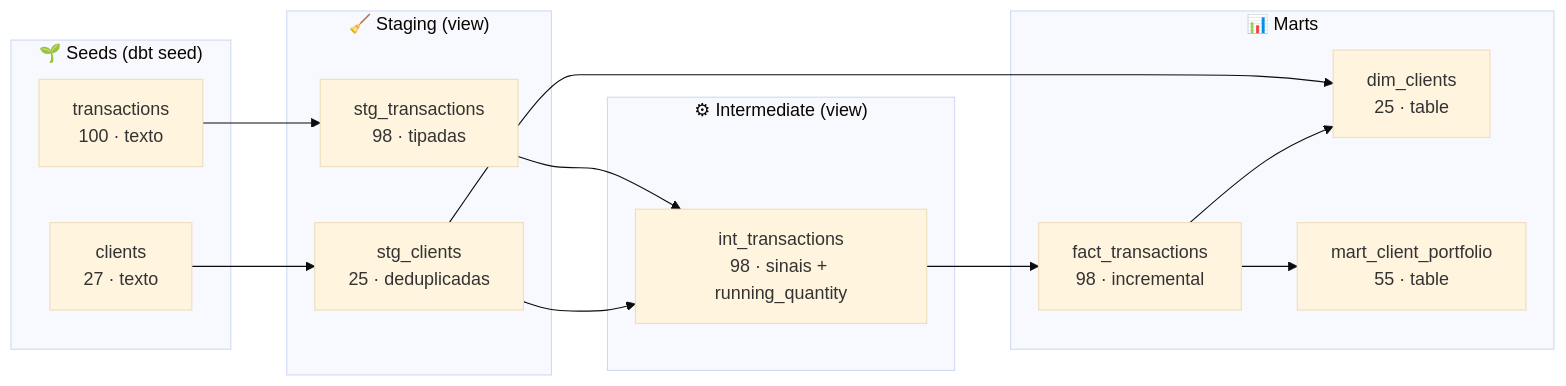
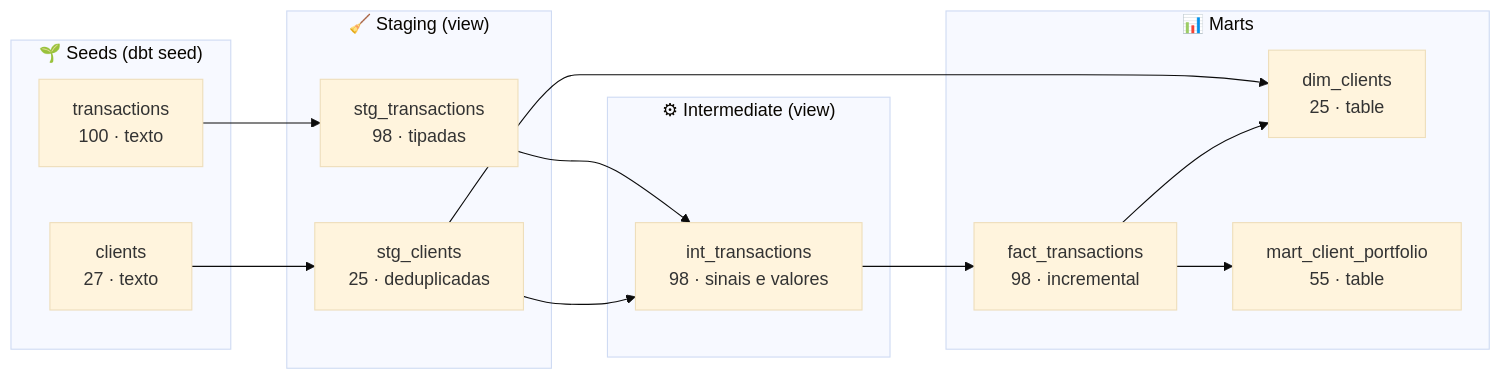
The diagram in README.md (enricopizzol/desafio-engenharia-dados), drawn with Mermaid (base theme) before and after one commit. The commit also changed other lines of this file and 30 other files, not shown here.

First line of the commit message:
chore: remove teste de posição acumulada, diagramas e scripts

````diff
--- a/README.md
+++ b/README.md
@@ -82,31 +70,31 @@
 ```mermaid
 flowchart LR
     subgraph SEEDS["🌱 Seeds (dbt seed)"]
         TX[transactions<br/>100 · texto]
         CL[clients<br/>27 · texto]
     end
 
     subgraph STAGING["🧹 Staging (view)"]
         STX[stg_transactions<br/>98 · tipadas]
         SCL[stg_clients<br/>25 · deduplicadas]
     end
 
     subgraph INTERMEDIATE["⚙ Intermediate (view)"]
-        INT[int_transactions<br/>98 · sinais + running_quantity]
+        INT[int_transactions<br/>98 · sinais e valores]
     end
 
     subgraph MARTS["📊 Marts"]
         FACT[fact_transactions<br/>98 · incremental]
         DIM[dim_clients<br/>25 · table]
         PORT[mart_client_portfolio<br/>55 · table]
     end
 
     TX --> STX
     CL --> SCL
     STX --> INT
     SCL --> INT
     INT --> FACT
     SCL --> DIM
     FACT --> DIM
     FACT --> PORT
 ```
````
